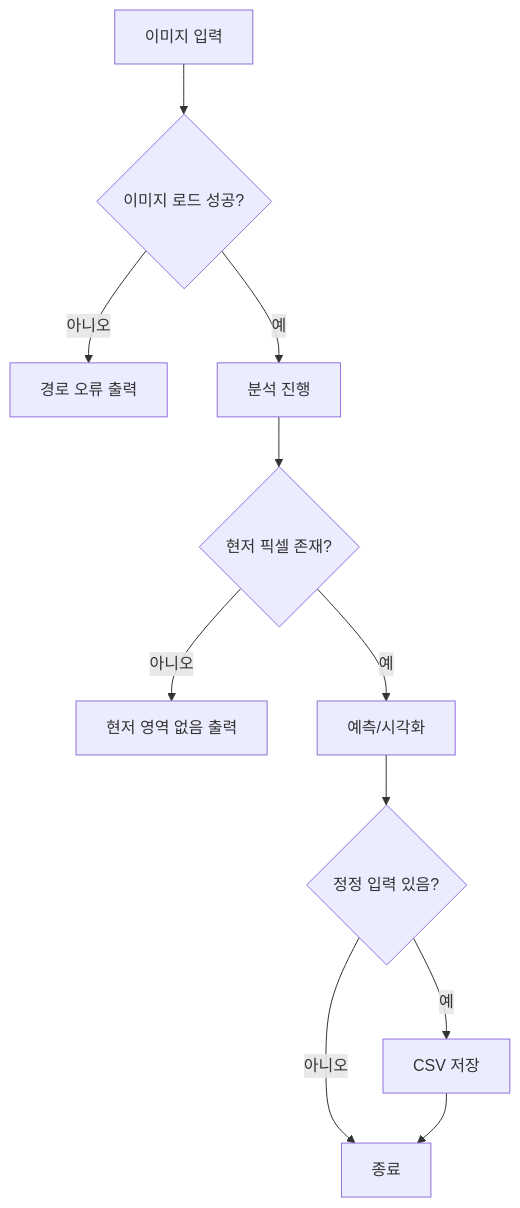
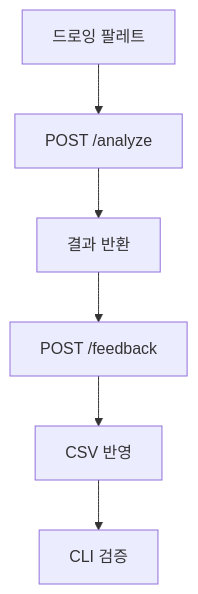
Before and after one commit to acertainromance401/SentiVision: the second of 2 diagrams in Project_Descriptions/Wireframe_SentiVision.md, drawn with Mermaid. The commit also changed other lines of this file, not shown here.

````diff
--- a/Project_Descriptions/Wireframe_SentiVision.md
+++ b/Project_Descriptions/Wireframe_SentiVision.md
@@ -128,13 +156,8 @@
 ```mermaid
 flowchart TB
-	S[이미지 입력] --> N{이미지 로드 성공?}
-	N -- 아니오 --> E1[경로 오류 출력]
-	N -- 예 --> A[분석 진행]
-	A --> M{현저 픽셀 존재?}
-	M -- 아니오 --> E2[현저 영역 없음 출력]
-	M -- 예 --> R[예측/시각화]
-	R --> U{정정 입력 있음?}
-	U -- 예 --> W[CSV 저장]
-	U -- 아니오 --> Done[종료]
-	W --> Done
+  U[드로잉 팔레트] --> A[POST /analyze]
+  A --> R[결과 반환]
+  R --> F[POST /feedback]
+  F --> D[CSV 반영]
+  D --> C[CLI 검증]
 ```
````
